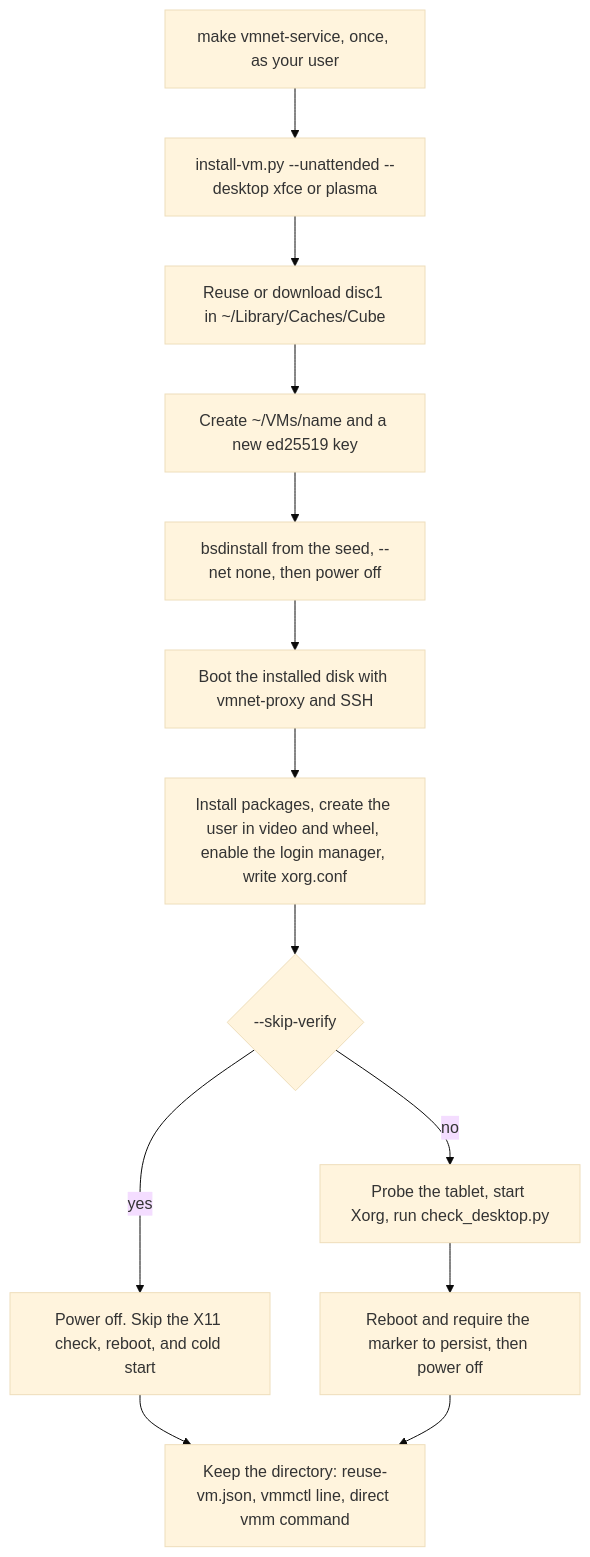
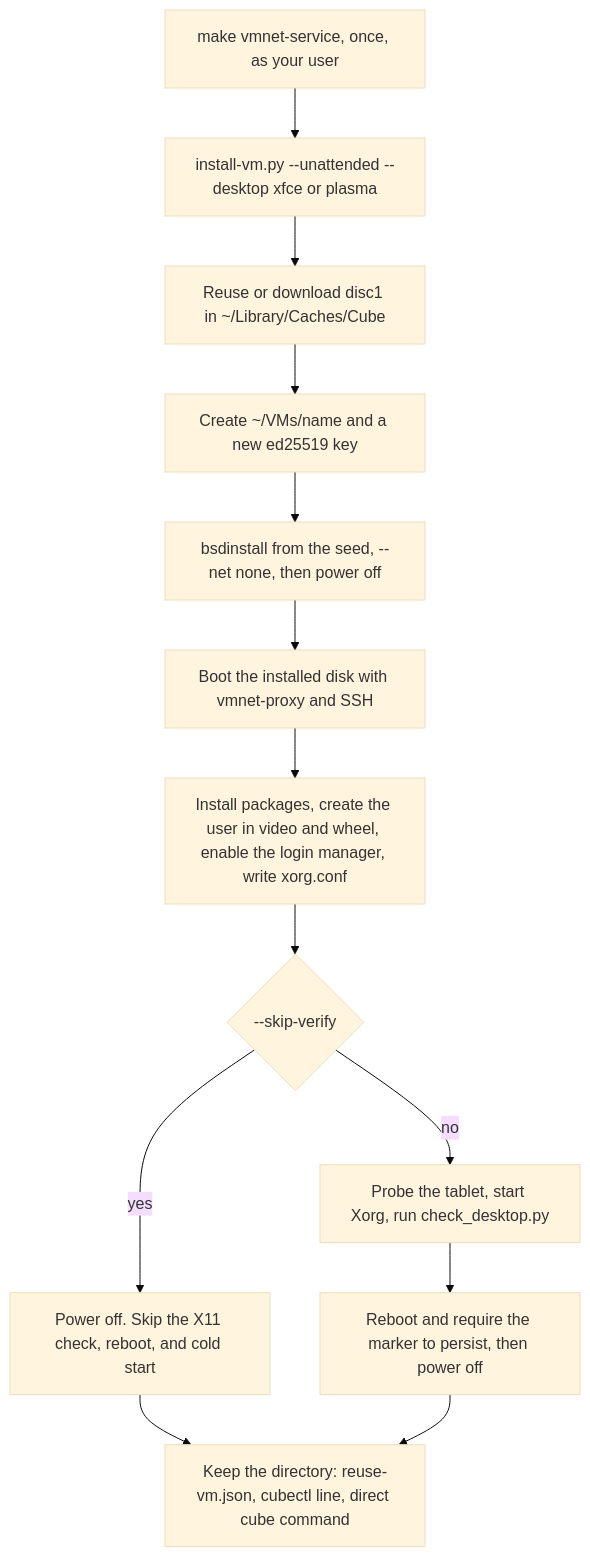
Before and after one commit to darcyliu/cube: the diagram in docs/freebsd-desktop.md, drawn with Mermaid (base theme). The commit also changed other lines of this file and 57 other files, not shown here.

````diff
--- a/docs/freebsd-desktop.md
+++ b/docs/freebsd-desktop.md
@@ -30,15 +30,15 @@
 ```mermaid
 flowchart TD
   svc["make vmnet-service, once, as your user"] --> iv["install-vm.py --unattended --desktop xfce or plasma"]
   iv --> iso["Reuse or download disc1 in ~/Library/Caches/Cube"]
   iso --> dest["Create ~/VMs/name and a new ed25519 key"]
   dest --> inst["bsdinstall from the seed, --net none, then power off"]
   inst --> boot["Boot the installed disk with vmnet-proxy and SSH"]
   boot --> pkg["Install packages, create the user in video and wheel, enable the login manager, write xorg.conf"]
   pkg --> skip{"--skip-verify"}
   skip -->|yes| early["Power off. Skip the X11 check, reboot, and cold start"]
   skip -->|no| x11["Probe the tablet, start Xorg, run check_desktop.py"]
   x11 --> reboot["Reboot and require the marker to persist, then power off"]
-  early --> out["Keep the directory: reuse-vm.json, vmmctl line, direct vmm command"]
+  early --> out["Keep the directory: reuse-vm.json, cubectl line, direct cube command"]
   reboot --> out
 ```
````
